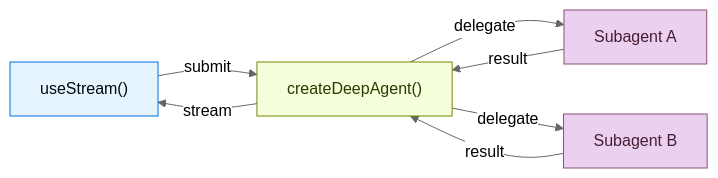
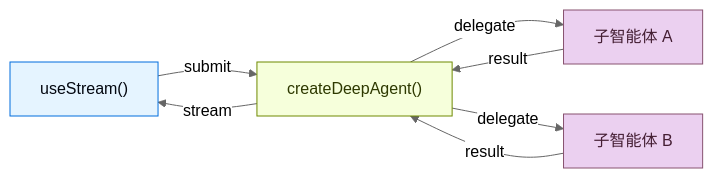
One commit to CodeFly16/langchain-cn-doc changed the diagram in oss/python/deepagents/frontend/overview.mdx. Above: the diagram before and after it, drawn with Mermaid (neutral theme). The commit also changed other lines of this file and 106 other files, not shown here.

````diff
--- a/oss/python/deepagents/frontend/overview.mdx
+++ b/oss/python/deepagents/frontend/overview.mdx
@@ -12,29 +12,29 @@
 ```mermaid
 %%{
   init: {
     "fontFamily": "monospace",
     "flowchart": {
       "curve": "curve"
     }
   }
 }%%
 graph LR
   FRONTEND["useStream()"]
   BACKEND["createDeepAgent()"]
-  SUB1["Subagent A"]
-  SUB2["Subagent B"]
+  SUB1["子智能体 A"]
+  SUB2["子智能体 B"]
 
   BACKEND --"stream"--> FRONTEND
   FRONTEND --"submit"--> BACKEND
   BACKEND --"delegate"--> SUB1
   BACKEND --"delegate"--> SUB2
   SUB1 --"result"--> BACKEND
   SUB2 --"result"--> BACKEND
 
   classDef blueHighlight fill:#E5F4FF,stroke:#006DDD,color:#030710;
   classDef greenHighlight fill:#F6FFDB,stroke:#6E8900,color:#2E3900;
   classDef purpleHighlight fill:#EBD0F0,stroke:#885270,color:#441E33;
   class FRONTEND blueHighlight;
   class BACKEND greenHighlight;
   class SUB1,SUB2 purpleHighlight;
 ```
````
